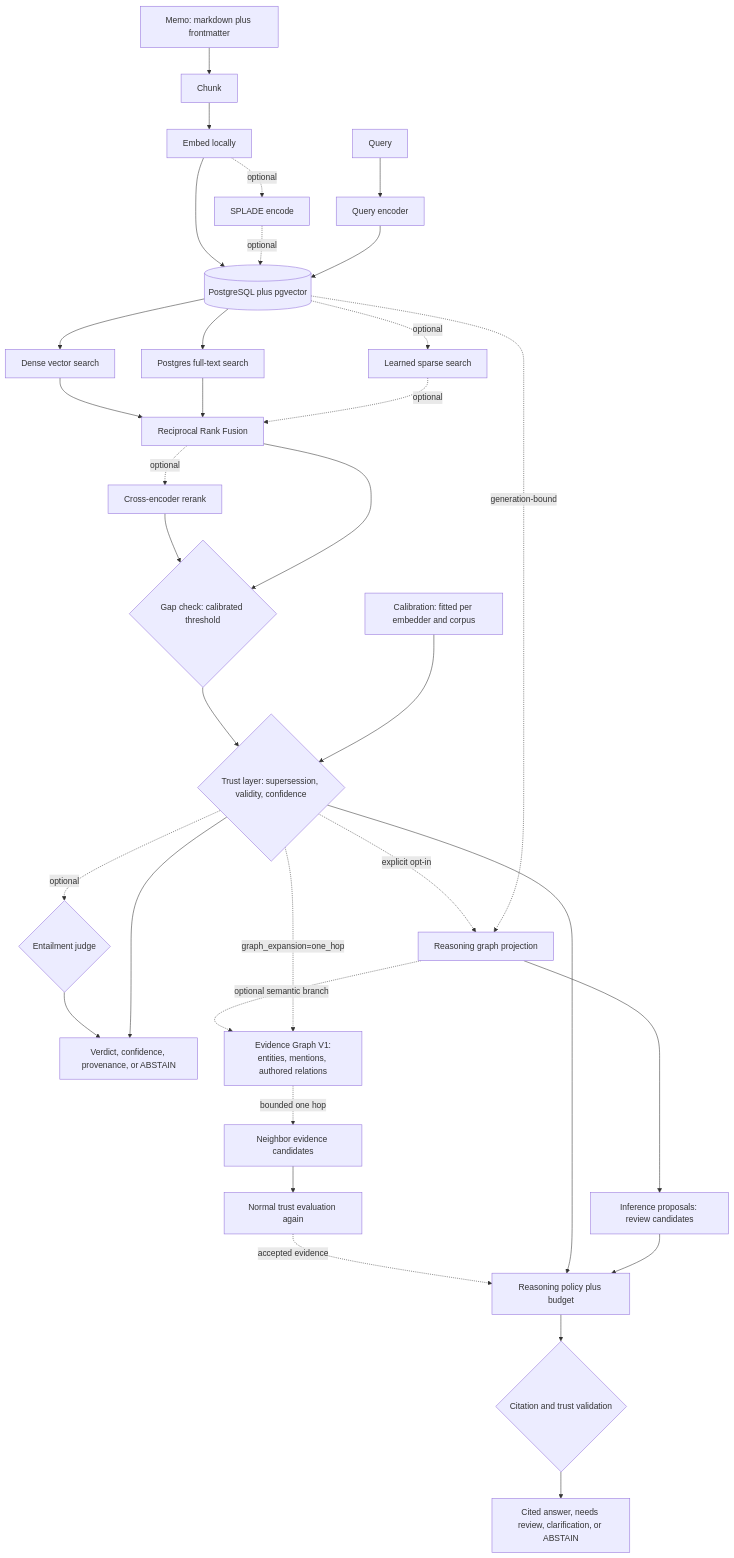
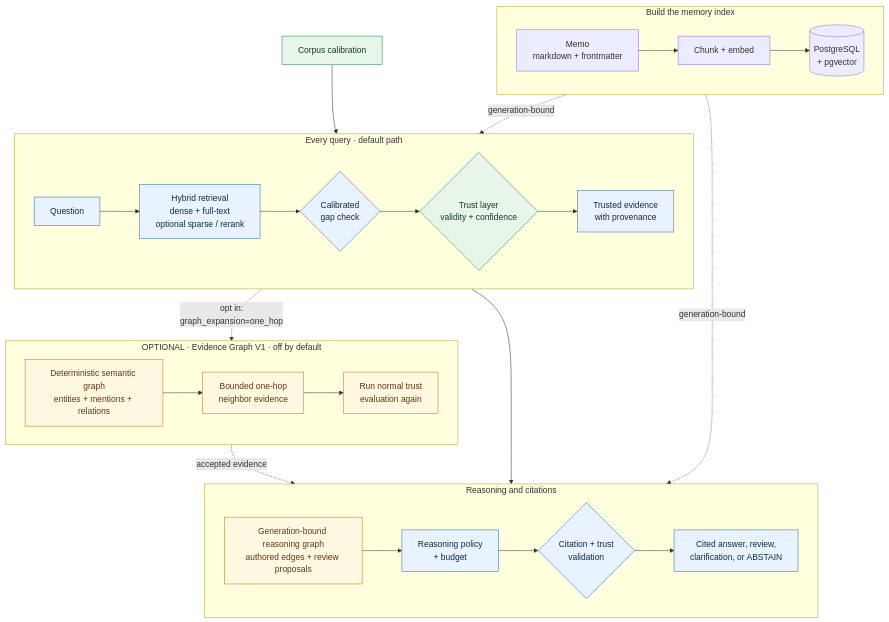
Before and after one commit to GiulioDER/RE-call: the diagram in README.md, drawn with Mermaid. The commit also changed other lines of this file, not shown here.

Commit message:
Improve README architecture diagram readability (#497)
* Improve README architecture diagram readability

* Keep README diagram change claim-gate clean

---------

````diff
--- a/README.md
+++ b/README.md
@@ -246,41 +250,42 @@
 ```mermaid
 flowchart TB
-    M["Memo: markdown plus frontmatter"] --> CH["Chunk"]
-    CH --> EW["Embed locally"]
-    EW -. "optional" .-> SP["SPLADE encode"]
-    EW --> DB
-    SP -. "optional" .-> DB
+    subgraph BUILD["Build the memory index"]
+        direction LR
+        M["Memo<br/>markdown + frontmatter"] --> I["Chunk + embed"] --> DB[("PostgreSQL<br/>+ pgvector")]
+    end
 
-    Q["Query"] --> EQ["Query encoder"]
-    EQ --> DB[("PostgreSQL plus pgvector")]
+    subgraph QUERY["Every query · default path"]
+        direction LR
+        Q["Question"] --> H["Hybrid retrieval<br/>dense + full-text<br/>optional sparse / rerank"]
+        H --> GP{"Calibrated<br/>gap check"}
+        GP --> TR{"Trust layer<br/>validity + confidence"}
+        TR --> E["Trusted evidence<br/>with provenance"]
+    end
 
-    DB --> DN["Dense vector search"]
-    DB --> SL["Postgres full-text search"]
-    DB -. "optional" .-> LS["Learned sparse search"]
+    subgraph REASONING["Reasoning and citations"]
+        direction LR
+        E --> RP["Reasoning policy<br/>+ budget"]
+        RP --> RV{"Citation + trust<br/>validation"}
+        RV --> ROUT["Cited answer, review,<br/>clarification, or ABSTAIN"]
+        RG["Generation-bound reasoning graph<br/>authored edges + review proposals"] --> RP
+    end
 
-    DN --> F["Reciprocal Rank Fusion"]
-    SL --> F
-    LS -. "optional" .-> F
+    subgraph GRAPH["OPTIONAL · Evidence Graph V1 · off by default"]
+        direction LR
+        SG["Deterministic semantic graph<br/>entities + mentions + relations"] --> EC["Bounded one-hop<br/>neighbor evidence"]
+        EC --> GT["Run normal trust<br/>evaluation again"]
+    end
 
-    F -. "optional" .-> RR["Cross-encoder rerank"]
-    RR --> GP
-    F --> GP{"Gap check: calibrated threshold"}
-    GP --> TR{"Trust layer: supersession, validity, confidence"}
-    CAL["Calibration: fitted per embedder and corpus"] --> TR
-    TR -. "optional" .-> EJ{"Entailment judge"}
-    EJ --> OUT
-    TR --> OUT["Verdict, confidence, provenance, or ABSTAIN"]
+    DB -. "generation-bound" .-> H
+    DB -. "generation-bound" .-> RG
+    CAL["Corpus calibration"] --> TR
+    TR -. "opt in:<br/>graph_expansion=one_hop" .-> SG
+    GT -. "accepted evidence" .-> RP
 
-    TR -. "explicit opt-in" .-> RG["Reasoning graph projection"]
-    DB -. "generation-bound" .-> RG
-    RG --> IP["Inference proposals: review candidates"]
-    RG -. "optional semantic branch" .-> SG["Evidence Graph V1:<br/>entities, mentions, authored relations"]
-    TR -. "graph_expansion=one_hop" .-> SG
-    SG -. "bounded one hop" .-> EC["Neighbor evidence candidates"]
-    EC --> GT["Normal trust evaluation again"]
-    GT -. "accepted evidence" .-> RP
-    TR --> RP["Reasoning policy plus budget"]
-    IP --> RP
-    RP --> RV{"Citation and trust validation"}
-    RV --> ROUT["Cited answer, needs review, clarification, or ABSTAIN"]
+    classDef defaultPath fill:#e8f3ff,stroke:#2b6cb0,color:#102a43,stroke-width:1px;
+    classDef optionalPath fill:#fff8e1,stroke:#b7791f,color:#5f370e,stroke-width:1px;
+    classDef trustPath fill:#e8f5e9,stroke:#2f855a,color:#163b27,stroke-width:1px;
+    class Q,H,GP,E,RP,RV,ROUT defaultPath;
+    class SG,EC,GT,RG optionalPath;
+    class TR,CAL trustPath;
 ```
````
